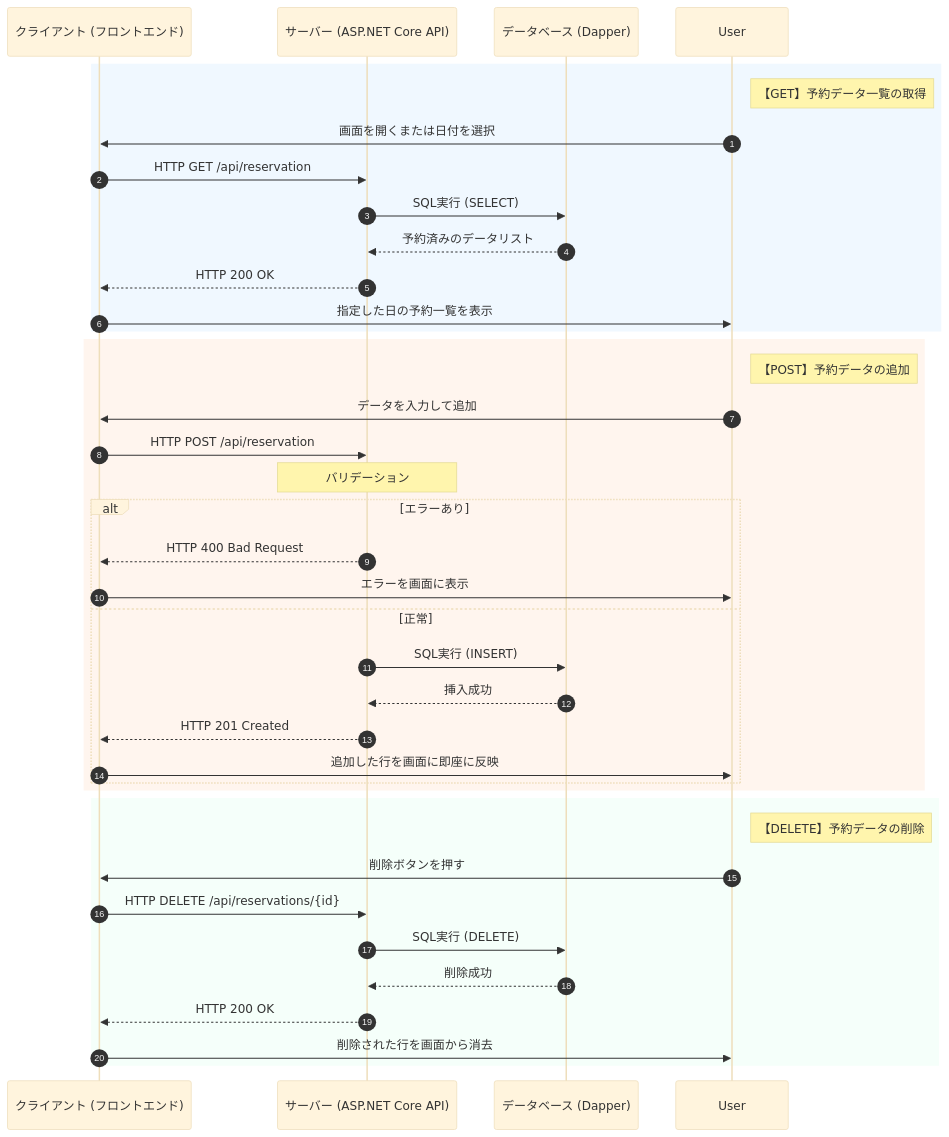
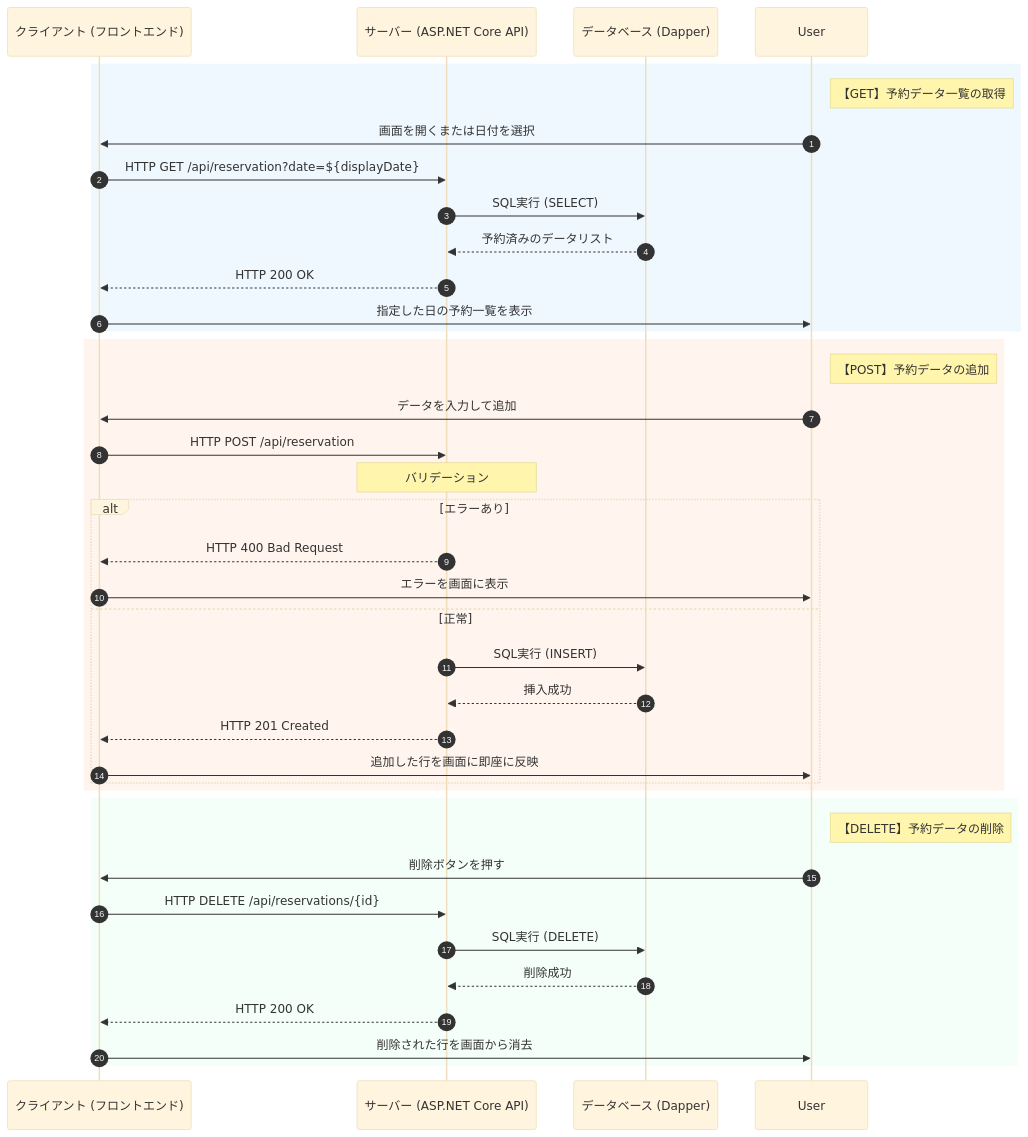
One commit to hosotanik/Term2Team4 changed the diagram in README.md. Above: the diagram before and after it, drawn with Mermaid (base theme).

````diff
--- a/README.md
+++ b/README.md
@@ -20,43 +20,43 @@
 ```mermaid
 sequenceDiagram
     autonumber
     participant Client as クライアント (フロントエンド)
     participant Server as サーバー (ASP.NET Core API)
     participant DB as データベース (Dapper)
 
     rect rgb(240, 248, 255)
         note right of User: 【GET】予約データ一覧の取得
         User->>Client: 画面を開くまたは日付を選択
-        Client->>Server: HTTP GET /api/reservation
+        Client->>Server: HTTP GET /api/reservation?date=${displayDate}
         Server->>DB: SQL実行 (SELECT)
         DB-->>Server: 予約済みのデータリスト
         Server-->>Client: HTTP 200 OK
         Client->>User: 指定した日の予約一覧を表示
     end
 
     rect rgb(255, 245, 238)
         note right of User: 【POST】予約データの追加
         User->>Client: データを入力して追加
         Client->>Server: HTTP POST /api/reservation
         note over Server: バリデーション
         alt エラーあり
             Server-->>Client: HTTP 400 Bad Request
             Client->>User: エラーを画面に表示
         else 正常
             Server->>DB: SQL実行 (INSERT)
             DB-->>Server: 挿入成功
             Server-->>Client: HTTP 201 Created
             Client->>User: 追加した行を画面に即座に反映
         end
     end
 
     rect rgb(245, 255, 250)
         note right of User: 【DELETE】予約データの削除
         User->>Client: 削除ボタンを押す
         Client->>Server: HTTP DELETE /api/reservations/{id}
         Server->>DB: SQL実行 (DELETE)
         DB-->>Server: 削除成功
         Server-->>Client: HTTP 200 OK
         Client->>User: 削除された行を画面から消去
     end
 ```
````
